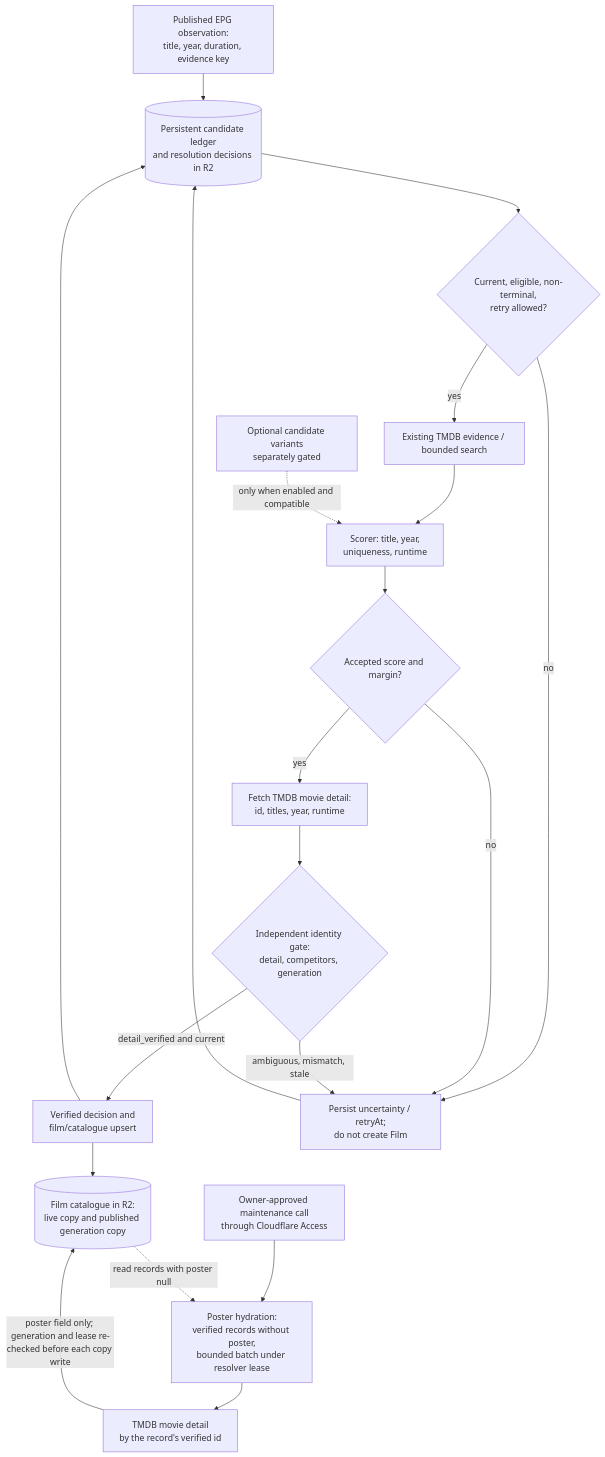
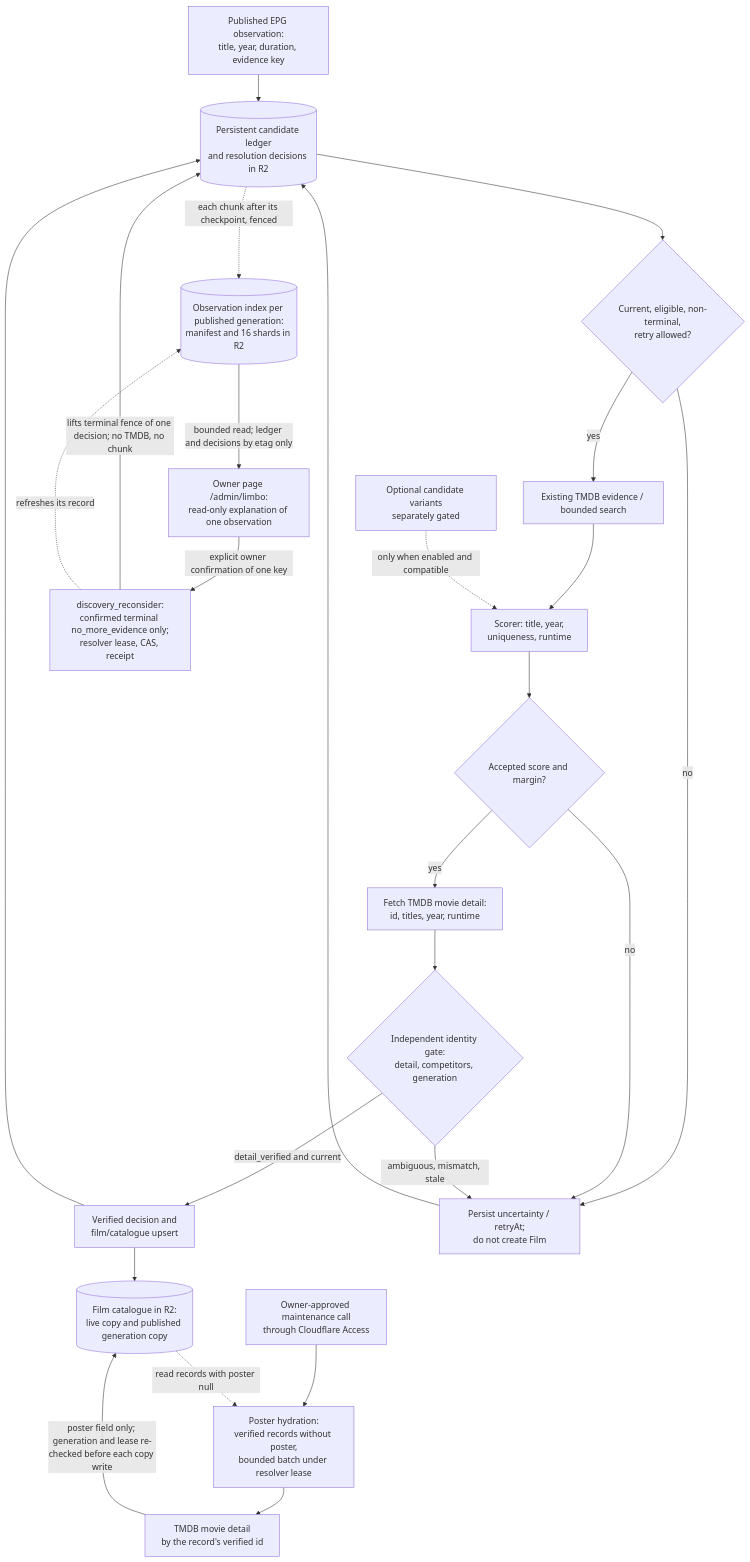
The diagram in docs/architecture/discovery-and-resolution.md (vladimino/iptv-watchlist), drawn with Mermaid before and after one commit. The commit also changed other lines of this file and 18 other files, not shown here.

First line of the commit message:
Docs: observation index, guarded discovery_reconsider and Proposed ADR 0061

````diff
--- a/docs/architecture/discovery-and-resolution.md
+++ b/docs/architecture/discovery-and-resolution.md
@@ -5,34 +5,42 @@
 ```mermaid
 flowchart TD
     epg["Published EPG observation:<br/>title, year, duration, evidence key"]
     ledger[("Persistent candidate ledger<br/>and resolution decisions in R2")]
     eligible{"Current, eligible, non-terminal,<br/>retry allowed?"}
     search["Existing TMDB evidence / bounded search"]
     variants["Optional candidate variants<br/>separately gated"]
     scorer["Scorer: title, year,<br/>uniqueness, runtime"]
     score{"Accepted score and margin?"}
     detail["Fetch TMDB movie detail:<br/>id, titles, year, runtime"]
     gate{"Independent identity gate:<br/>detail, competitors, generation"}
     writer["Verified decision and<br/>film/catalogue upsert"]
     unresolved["Persist uncertainty / retryAt;<br/>do not create Film"]
     catalogue[("Film catalogue in R2:<br/>live copy and published generation copy")]
     owner["Owner-approved maintenance call<br/>through Cloudflare Access"]
     hydrate["Poster hydration:<br/>verified records without poster,<br/>bounded batch under resolver lease"]
     posterdetail["TMDB movie detail<br/>by the record's verified id"]
+    obsindex[("Observation index per published generation:<br/>manifest and 16 shards in R2")]
+    ownerread["Owner page /admin/limbo:<br/>read-only explanation of one observation"]
+    reconsider["discovery_reconsider:<br/>confirmed terminal no_more_evidence only;<br/>resolver lease, CAS, receipt"]
     epg --> ledger --> eligible
     eligible -->|no| unresolved
     eligible -->|yes| search --> scorer
     variants -.->|only when enabled and compatible| scorer
     scorer --> score
     score -->|no| unresolved
     score -->|yes| detail --> gate
     gate -->|detail_verified and current| writer
     gate -->|ambiguous, mismatch, stale| unresolved
     writer --> ledger
     writer --> catalogue
     unresolved --> ledger
     owner --> hydrate
     catalogue -.->|read records with poster null| hydrate
     hydrate --> posterdetail
     posterdetail -->|poster field only; generation and lease re-checked before each copy write| catalogue
+    ledger -.->|each chunk after its checkpoint, fenced| obsindex
+    obsindex -->|bounded read; ledger and decisions by etag only| ownerread
+    ownerread -->|explicit owner confirmation of one key| reconsider
+    reconsider -->|lifts terminal fence of one decision; no TMDB, no chunk| ledger
+    reconsider -.->|refreshes its record| obsindex
 ```
````
